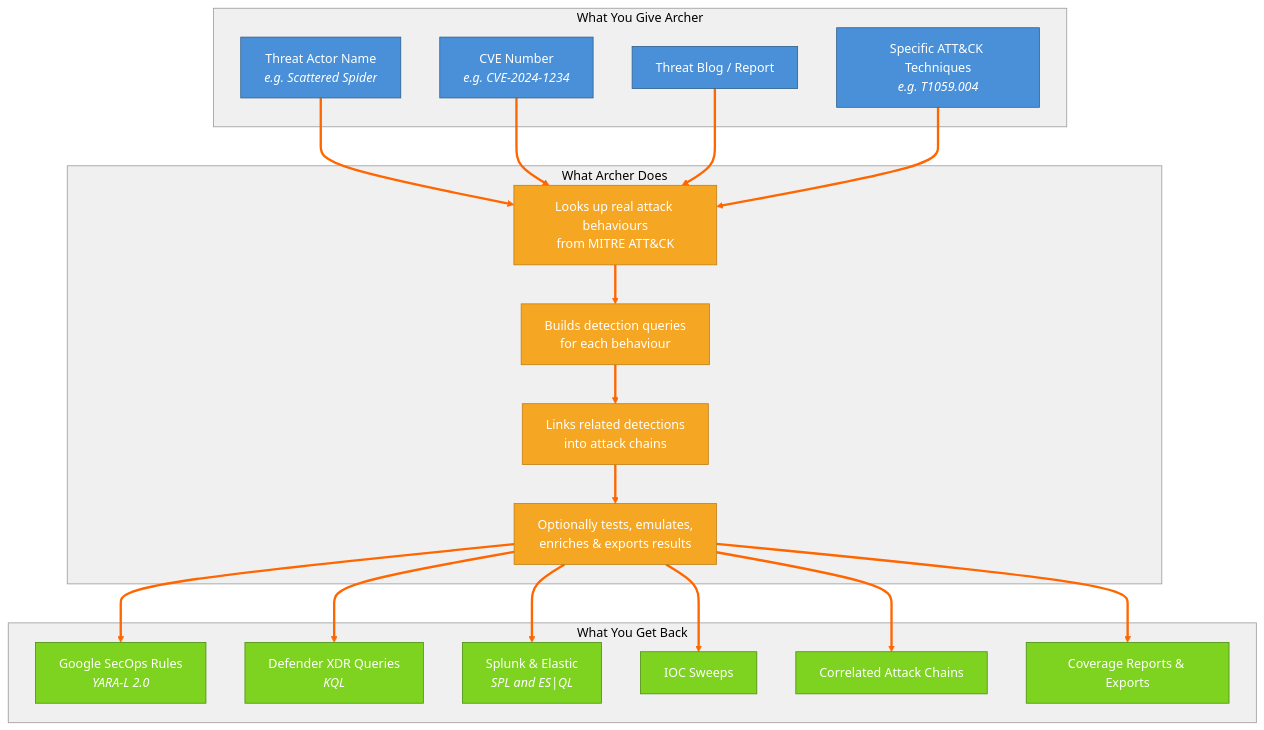
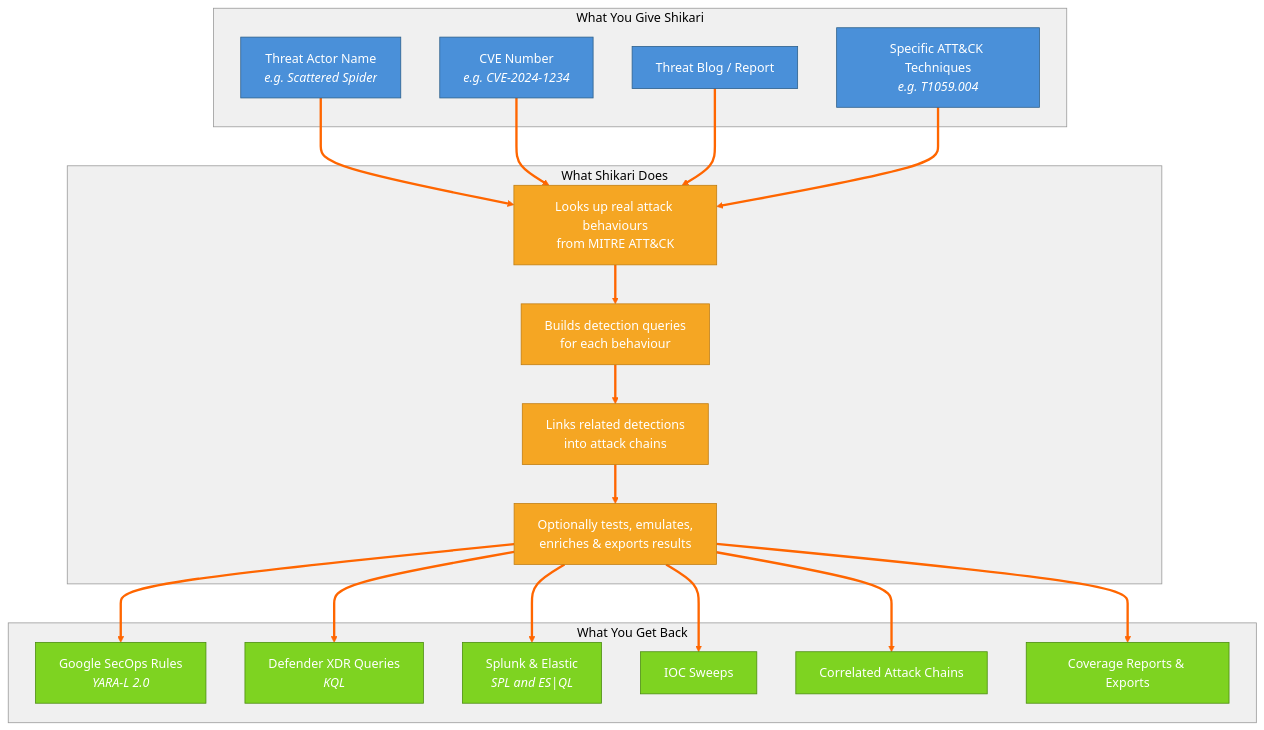
Before and after one commit to cmdaltr/shikari: the fourth of 15 diagrams in docs/architecture/mermaid/MERMAID_DIAGRAMS.md, drawn with Mermaid. The commit also changed other lines of this file and 1000 other files, not shown here.

First line of the commit message:
refactor(brand): rename archer -> shikari and rebrand the UI

````diff
--- a/docs/architecture/mermaid/MERMAID_DIAGRAMS.md
+++ b/docs/architecture/mermaid/MERMAID_DIAGRAMS.md
@@ -202,56 +202,56 @@
 ```mermaid
 %%{init: {'theme': 'base', 'themeVariables': {'lineColor': '#ff6600', 'edgeLabelBackground': '#ffffff', 'primaryColor': '#4a90d9', 'primaryTextColor': '#ffffff', 'primaryBorderColor': '#2c5f8a', 'secondaryColor': '#e8e8e8', 'tertiaryColor': '#f5f5f5', 'clusterBkg': '#f0f0f0', 'clusterBorder': '#999999', 'titleColor': '#000000', 'nodeTextColor': '#000000', 'background': '#ffffff'}}}%%
 graph TB
-    subgraph "What You Give Archer"
+    subgraph "What You Give Shikari"
         A["Threat Actor Name<br/><i>e.g. Scattered Spider</i>"]
         B["CVE Number<br/><i>e.g. CVE-2024-1234</i>"]
         C["Threat Blog / Report"]
         D["Specific ATT&CK Techniques<br/><i>e.g. T1059.004</i>"]
     end
 
-    subgraph "What Archer Does"
+    subgraph "What Shikari Does"
         E["Looks up real attack behaviours<br/>from MITRE ATT&CK"]
         F["Builds detection queries<br/>for each behaviour"]
         G["Links related detections<br/>into attack chains"]
         H["Optionally tests, emulates,<br/>enriches & exports results"]
     end
 
     subgraph "What You Get Back"
         I["Google SecOps Rules<br/><i>YARA-L 2.0</i>"]
         J["Defender XDR Queries<br/><i>KQL</i>"]
         K["Splunk & Elastic<br/><i>SPL and ES|QL</i>"]
         L["IOC Sweeps"]
         M["Correlated Attack Chains"]
         N["Coverage Reports & Exports"]
     end
 
     A --> E
     B --> E
     C --> E
     D --> E
     E --> F
     F --> G
     G --> H
     H --> I
     H --> J
     H --> K
     H --> L
     H --> M
     H --> N
 
     style A fill:#4a90d9,stroke:#2c5f8a,color:#fff
     style B fill:#4a90d9,stroke:#2c5f8a,color:#fff
     style C fill:#4a90d9,stroke:#2c5f8a,color:#fff
     style D fill:#4a90d9,stroke:#2c5f8a,color:#fff
     style E fill:#f5a623,stroke:#c17d10,color:#fff
     style F fill:#f5a623,stroke:#c17d10,color:#fff
     style G fill:#f5a623,stroke:#c17d10,color:#fff
     style H fill:#f5a623,stroke:#c17d10,color:#fff
     style I fill:#7ed321,stroke:#4a8c0f,color:#fff
     style J fill:#7ed321,stroke:#4a8c0f,color:#fff
     style K fill:#7ed321,stroke:#4a8c0f,color:#fff
     style L fill:#7ed321,stroke:#4a8c0f,color:#fff
     style M fill:#7ed321,stroke:#4a8c0f,color:#fff
     style N fill:#7ed321,stroke:#4a8c0f,color:#fff
     linkStyle default stroke:#ff6600,stroke-width:3px
 ```
````
